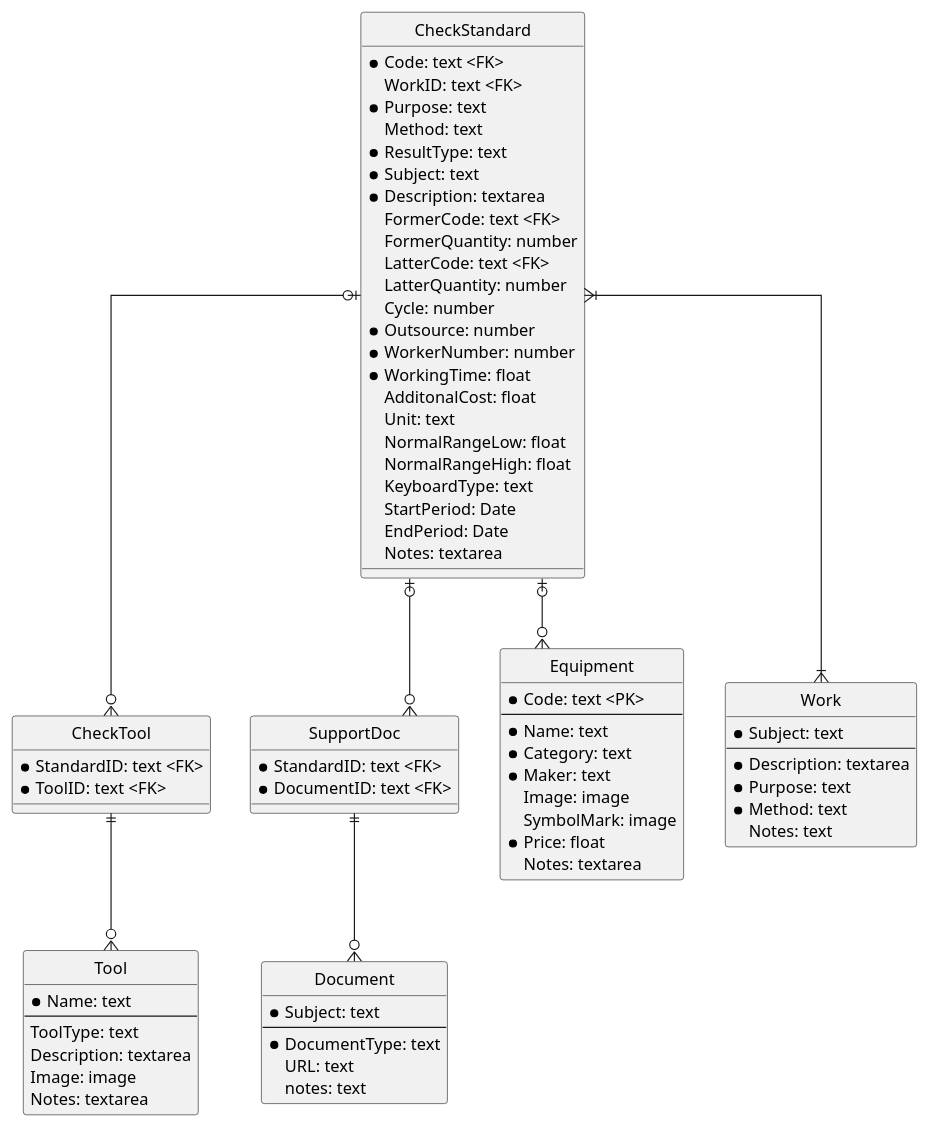
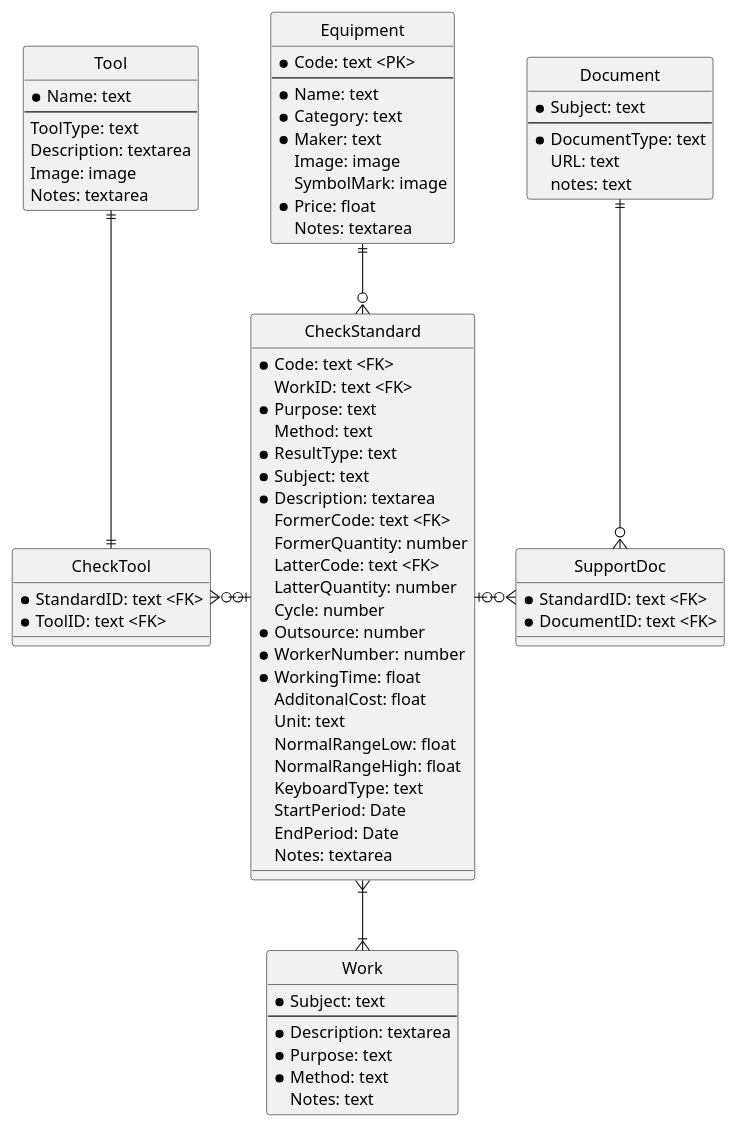
Before and after one commit to himiz6912/mms: the diagram in er_check_standard.pu, drawn with PlantUML. The commit also changed 2 other files, not shown here.

```diff
--- a/er_check_standard.pu
+++ b/er_check_standard.pu
@@ -1,86 +1,86 @@
 @startuml
 hide circle
 skinparam linetype ortho
 
 entity CheckStandard {
     * Code: text <FK>
     WorkID: text <FK>
     * Purpose: text
     Method: text
     * ResultType: text
     * Subject: text
     * Description: textarea
     FormerCode: text <FK>
     FormerQuantity: number
     LatterCode: text <FK>
     LatterQuantity: number
     Cycle: number
     * Outsource: number
     * WorkerNumber: number
     * WorkingTime: float
     AdditonalCost: float
     Unit: text
     NormalRangeLow: float
     NormalRangeHigh: float
     KeyboardType: text
     StartPeriod: Date
     EndPeriod: Date
     Notes: textarea
 }
 ' Method: Cleaning/ Visual check/ Listening check/ Touching check/ Measurement/ Recording/ Replacement/ Confirmation
 ' ResultType: Check/ Measure/ TakePicture/ Upload/ Replace/ Apply/ Propose 
 entity CheckTool {
     * StandardID: text <FK>
     * ToolID: text <FK>
 }
 entity SupportDoc {
     * StandardID: text <FK>
     * DocumentID: text <FK>
 }
 entity Equipment {
     * Code: text <PK>
     --
     * Name: text
     * Category: text
     * Maker: text
     Image: image
     SymbolMark: image
     * Price: float
     Notes: textarea
 }
 ' Category: Camera/ Recorder/ Periferals/ Panel/ Display/ Sensor/ Mount/ Output/ Communicator/ Power supply/ Battery
 entity Work{
     * Subject: text
     --
     * Description: textarea
     * Purpose: text
     * Method: text
     Notes: text
 }
 ' Purpose: Cleaning/ Function check/ Performance test/ Safety check/ Environment check/ Prevention measures/ Prevention measures/ Normalization/ Operation check
 ' add Campaign and special check
 entity Tool {
     * Name: text
     --
     ToolType: text
     Description: textarea
     Image: image
     Notes: textarea
 }
 ' ToolType: Indivisual tool/ Shared tool/ Purchaising/ Rental
 entity Document {
     * Subject: text
     --
     * DocumentType: text
     URL: text
     notes: text
 }
 ' DocumentType: Manual/ Instructions/ Checklist/ Contract/ Appearance/ Drawing
 
-CheckStandard |o--o{ Equipment
-CheckStandard |o--o{ CheckTool
-CheckStandard |o--o{ SupportDoc
-CheckTool ||--o{ Tool
-SupportDoc ||--o{ Document
+Equipment ||--o{ CheckStandard
+Tool ||-d-|| CheckTool
+CheckTool }o-r-o| CheckStandard
+Document ||-d-o{ SupportDoc
+SupportDoc }o-l-o| CheckStandard
 CheckStandard }|--|{ Work
 @enduml
```
